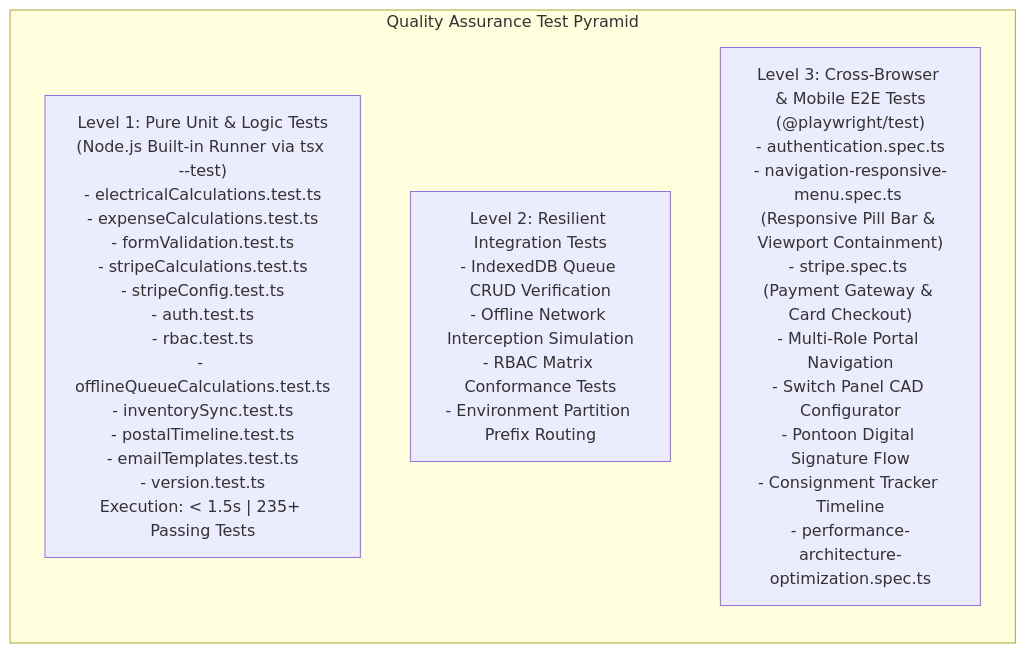
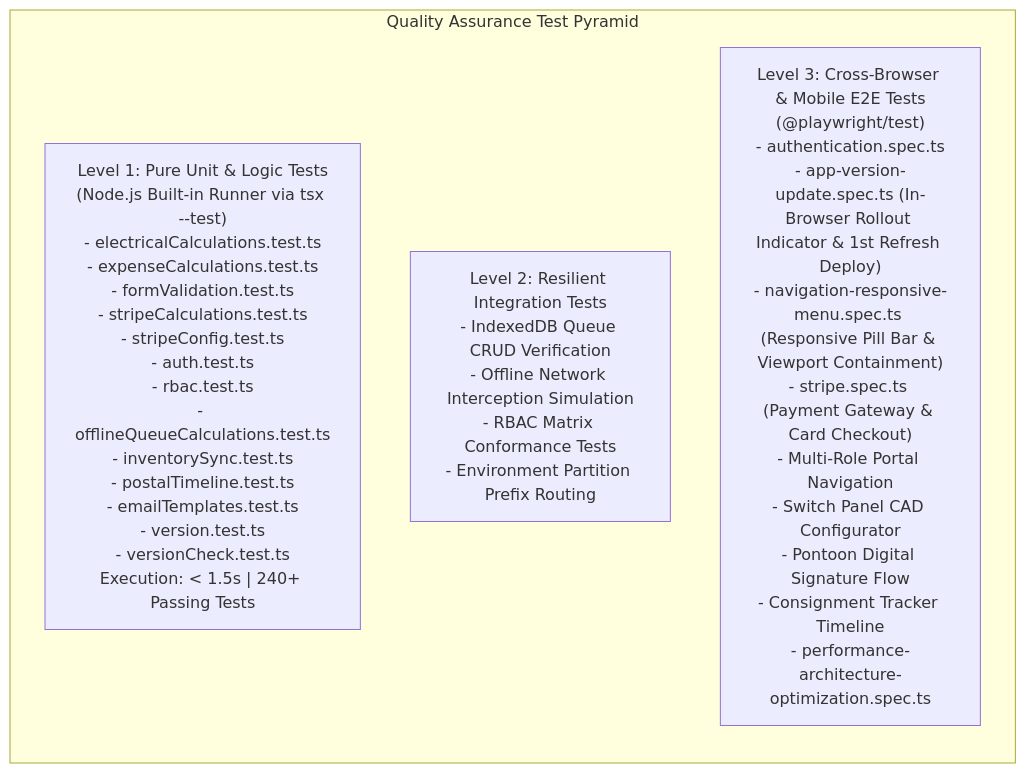
One commit to AnthonyWrather/ajwmes changed the sixth of 7 diagrams in DESIGN.md. Above: the diagram before and after it, drawn with Mermaid. The commit also changed other lines of this file and 12 other files, not shown here.

Commit message:
feat(pwa): add in-browser version update indicator and single-refresh deployment (#18)

````diff
--- a/DESIGN.md
+++ b/DESIGN.md
@@ -530,11 +539,11 @@
 ```mermaid
 graph BT
     subgraph TestPyramid["Quality Assurance Test Pyramid"]
         direction BT
-        Unit["Level 1: Pure Unit & Logic Tests\n(Node.js Built-in Runner via tsx --test)\n- electricalCalculations.test.ts\n- expenseCalculations.test.ts\n- formValidation.test.ts\n- stripeCalculations.test.ts\n- stripeConfig.test.ts\n- auth.test.ts\n- rbac.test.ts\n- offlineQueueCalculations.test.ts\n- inventorySync.test.ts\n- postalTimeline.test.ts\n- emailTemplates.test.ts\n- version.test.ts\nExecution: < 1.5s | 235+ Passing Tests"]
+        Unit["Level 1: Pure Unit & Logic Tests\n(Node.js Built-in Runner via tsx --test)\n- electricalCalculations.test.ts\n- expenseCalculations.test.ts\n- formValidation.test.ts\n- stripeCalculations.test.ts\n- stripeConfig.test.ts\n- auth.test.ts\n- rbac.test.ts\n- offlineQueueCalculations.test.ts\n- inventorySync.test.ts\n- postalTimeline.test.ts\n- emailTemplates.test.ts\n- version.test.ts\n- versionCheck.test.ts\nExecution: < 1.5s | 240+ Passing Tests"]
         
         Integration["Level 2: Resilient Integration Tests\n- IndexedDB Queue CRUD Verification\n- Offline Network Interception Simulation\n- RBAC Matrix Conformance Tests\n- Environment Partition Prefix Routing"]
         
-        E2E["Level 3: Cross-Browser & Mobile E2E Tests\n(@playwright/test)\n- authentication.spec.ts\n- navigation-responsive-menu.spec.ts (Responsive Pill Bar & Viewport Containment)\n- stripe.spec.ts (Payment Gateway & Card Checkout)\n- Multi-Role Portal Navigation\n- Switch Panel CAD Configurator\n- Pontoon Digital Signature Flow\n- Consignment Tracker Timeline\n- performance-architecture-optimization.spec.ts"]
+        E2E["Level 3: Cross-Browser & Mobile E2E Tests\n(@playwright/test)\n- authentication.spec.ts\n- app-version-update.spec.ts (In-Browser Rollout Indicator & 1st Refresh Deploy)\n- navigation-responsive-menu.spec.ts (Responsive Pill Bar & Viewport Containment)\n- stripe.spec.ts (Payment Gateway & Card Checkout)\n- Multi-Role Portal Navigation\n- Switch Panel CAD Configurator\n- Pontoon Digital Signature Flow\n- Consignment Tracker Timeline\n- performance-architecture-optimization.spec.ts"]
     end
 ```
````
